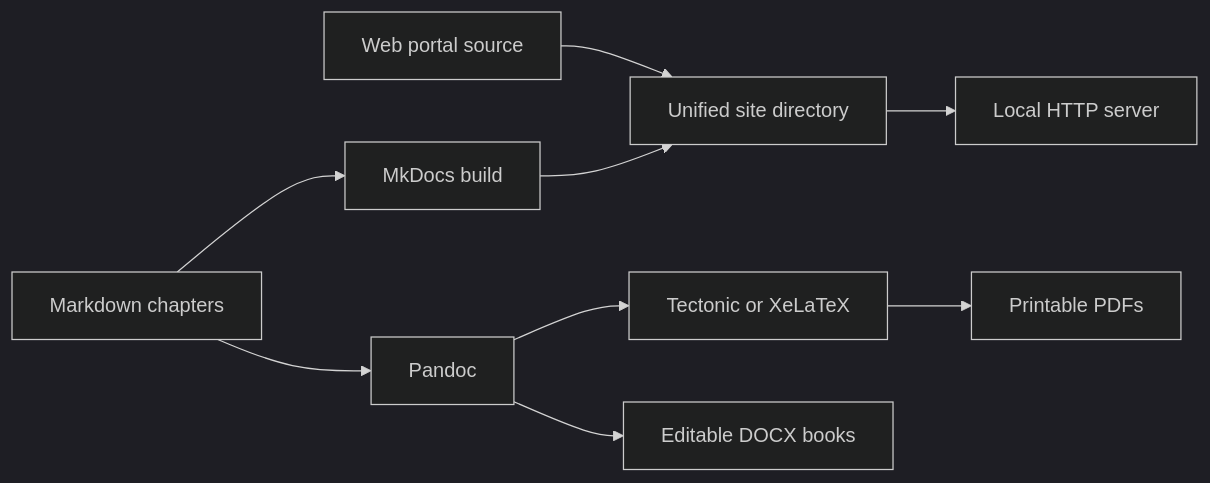
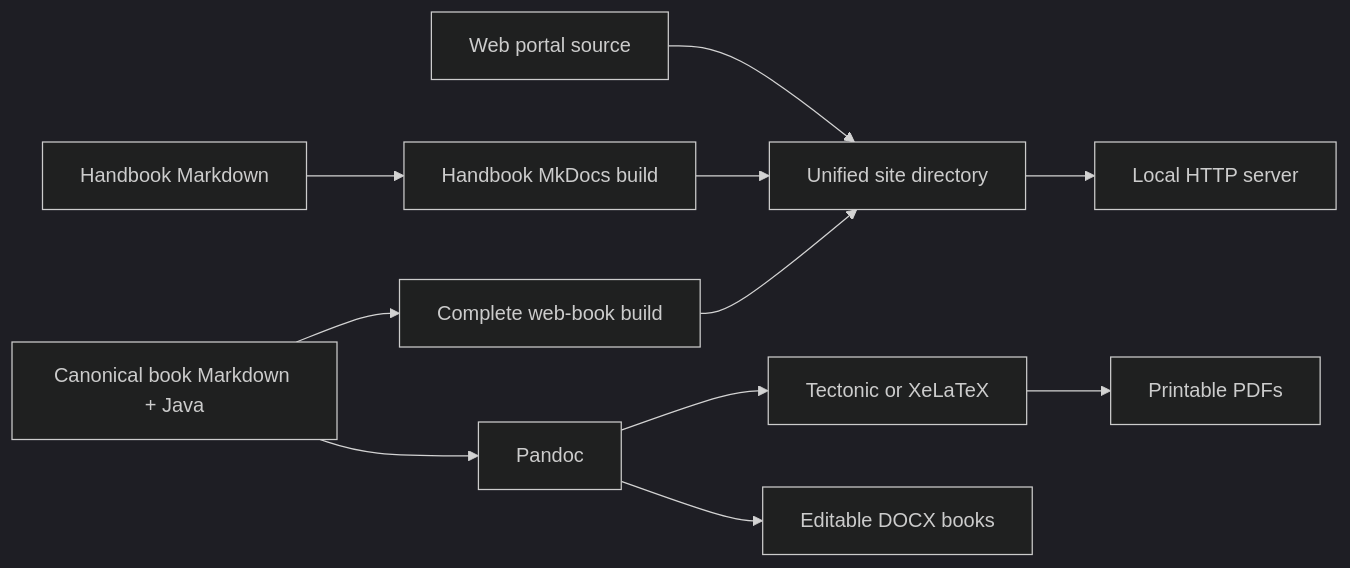
Before and after one commit to vinayreddykalluri/SDE2-Interview-Handbook: the diagram in docs/project/local-development.md, drawn with Mermaid (dark theme). The commit also changed other lines of this file and 82 other files, not shown here.

First line of the commit message:
Publish complete searchable web books and code indexes (#32)

````diff
--- a/docs/project/local-development.md
+++ b/docs/project/local-development.md
@@ -61,11 +63,13 @@
 ```mermaid
 flowchart LR
-    A["Markdown chapters"] --> B["MkDocs build"]
+    A["Handbook Markdown"] --> B["Handbook MkDocs build"]
+    J["Canonical book Markdown + Java"] --> K["Complete web-book build"]
     C["Web portal source"] --> D["Unified site directory"]
     B --> D
-    A --> E["Pandoc"]
+    K --> D
+    J --> E["Pandoc"]
     E --> F["Tectonic or XeLaTeX"]
     F --> G["Printable PDFs"]
     E --> H["Editable DOCX books"]
     D --> I["Local HTTP server"]
 ```
````
